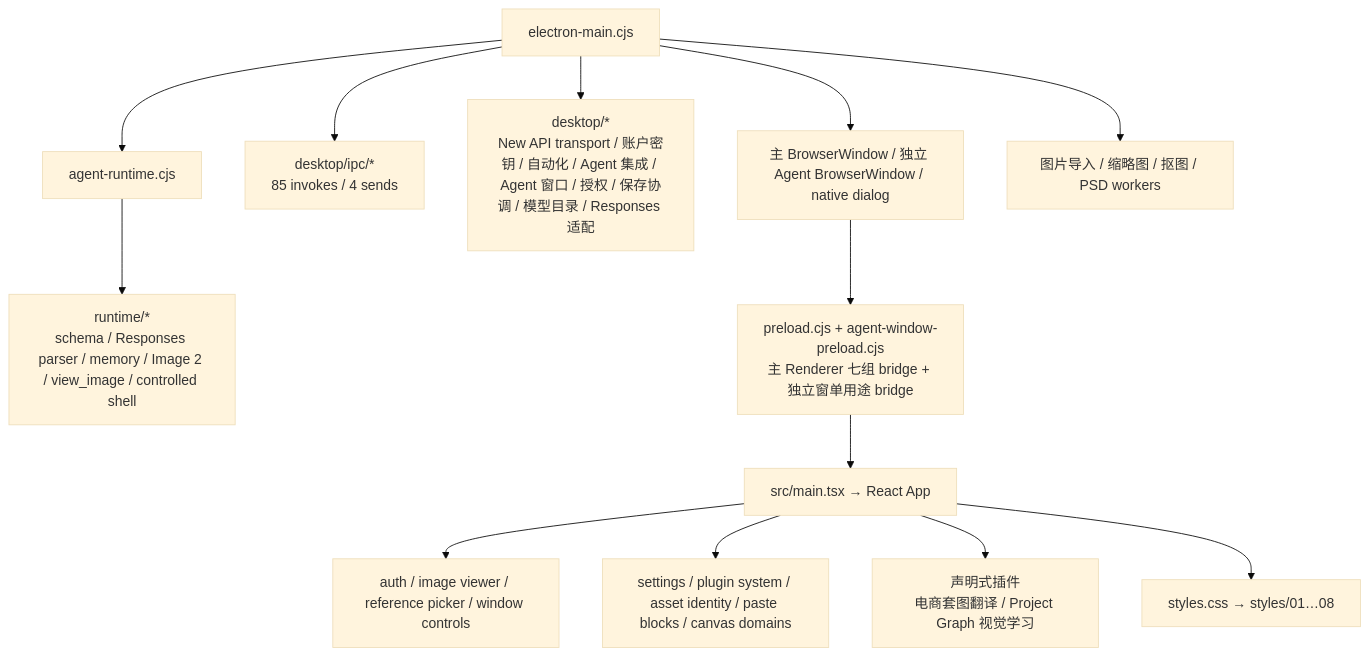
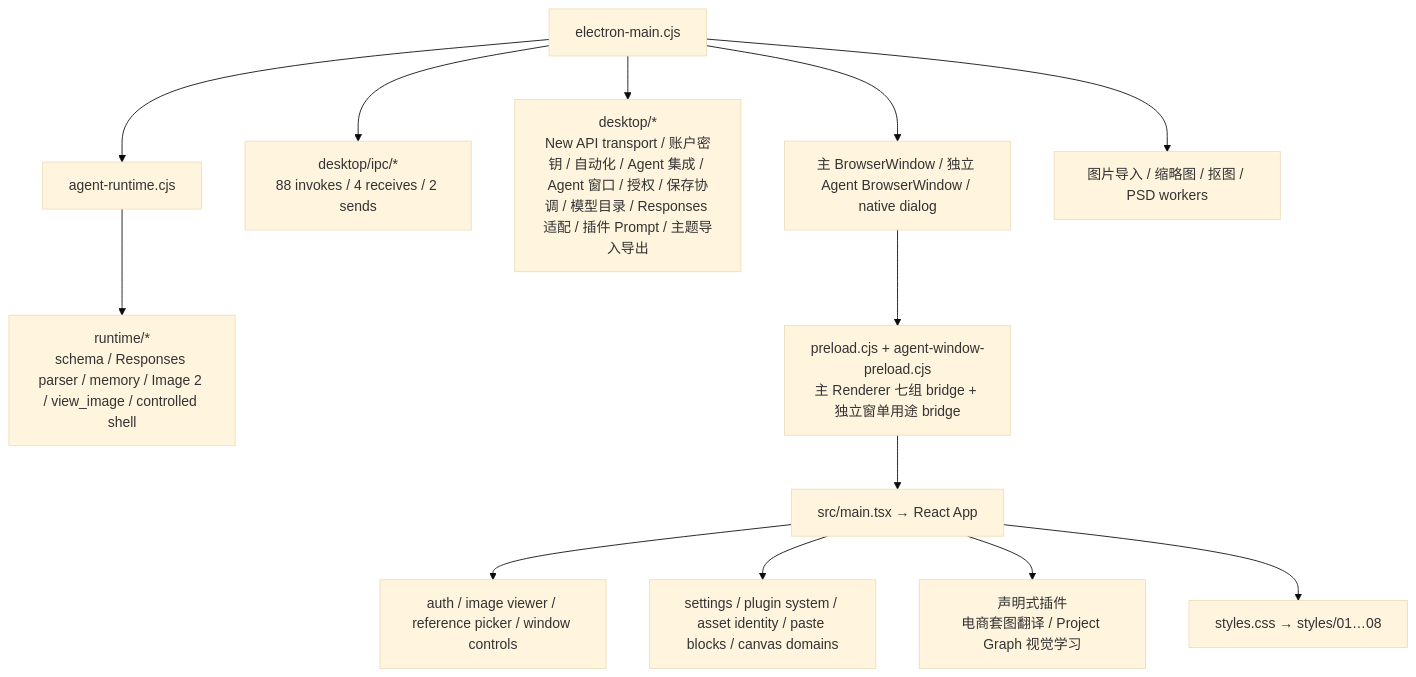
Before and after one commit to naMeaning/SparkAI-WorkSpace: the second of 2 diagrams in WORKSPACE_CONTEXT_MAP.md, drawn with Mermaid (base theme). The commit also changed other lines of this file and 33 other files, not shown here.

````diff
--- a/WORKSPACE_CONTEXT_MAP.md
+++ b/WORKSPACE_CONTEXT_MAP.md
@@ -49,15 +49,15 @@
 ```mermaid
 flowchart TD
   Entry["electron-main.cjs"] --> Window["主 BrowserWindow / 独立 Agent BrowserWindow / native dialog"]
-  Entry --> Ipc["desktop/ipc/*\n85 invokes / 4 sends"]
-  Entry --> DesktopModules["desktop/*\nNew API transport / 账户密钥 / 自动化 / Agent 集成 / Agent 窗口 / 授权 / 保存协调 / 模型目录 / Responses 适配"]
+  Entry --> Ipc["desktop/ipc/*\n88 invokes / 4 receives / 2 sends"]
+  Entry --> DesktopModules["desktop/*\nNew API transport / 账户密钥 / 自动化 / Agent 集成 / Agent 窗口 / 授权 / 保存协调 / 模型目录 / Responses 适配 / 插件 Prompt / 主题导入导出"]
   Entry --> Runtime["agent-runtime.cjs"]
   Runtime --> RuntimeModules["runtime/*\nschema / Responses parser / memory / Image 2 / view_image / controlled shell"]
   Entry --> Workers["图片导入 / 缩略图 / 抠图 / PSD workers"]
   Window --> Preload["preload.cjs + agent-window-preload.cjs\n主 Renderer 七组 bridge + 独立窗单用途 bridge"]
   Preload --> Renderer["src/main.tsx → React App"]
   Renderer --> SurfaceModules["auth / image viewer / reference picker / window controls"]
   Renderer --> DomainModules["settings / plugin system / asset identity / paste blocks / canvas domains"]
   Renderer --> PluginModules["声明式插件\n电商套图翻译 / Project Graph 视觉学习"]
   Renderer --> Styles["styles.css → styles/01…08"]
 ```
````
